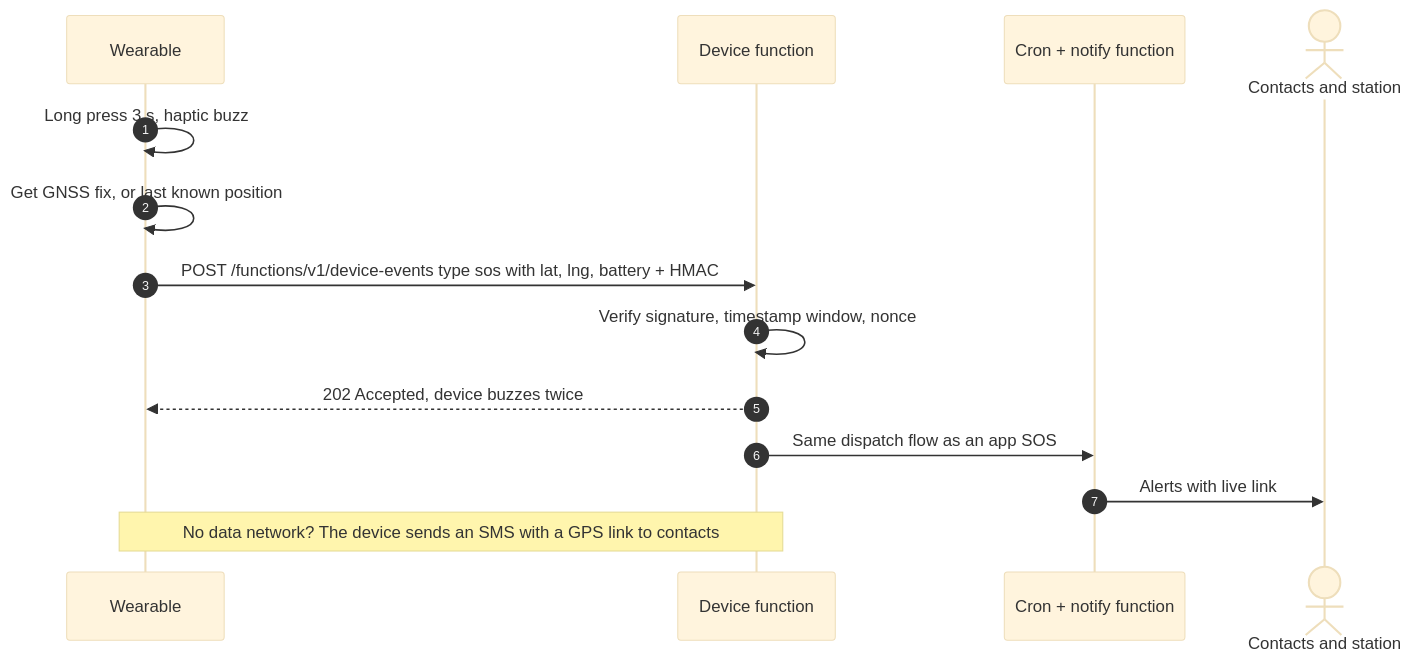
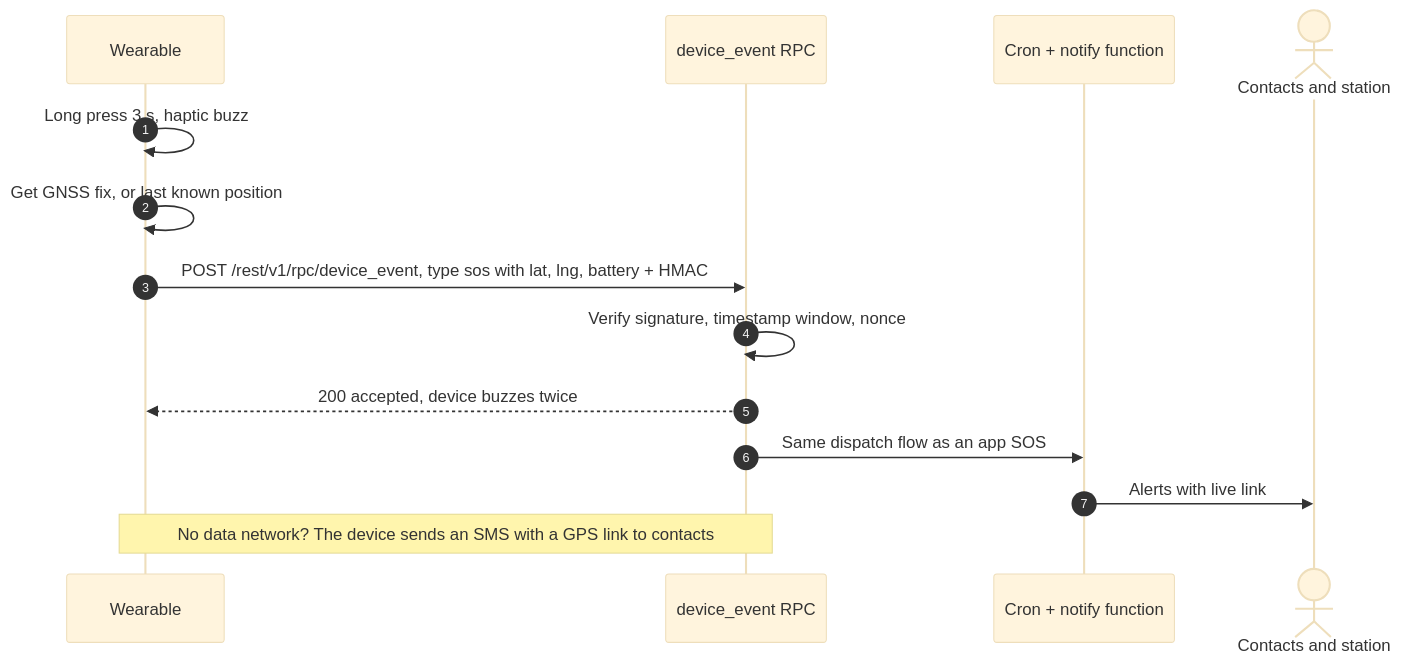
One commit to snehaa006/women-s-safety- changed diagram 14 of 14 in docs/03-workflows.md. Above: the diagram before and after it, drawn with Mermaid (base theme). The commit also changed other lines of this file and 58 other files, not shown here.

````diff
--- a/docs/03-workflows.md
+++ b/docs/03-workflows.md
@@ -447,16 +447,16 @@
 ```mermaid
 sequenceDiagram
   autonumber
   participant D as Wearable
-  participant API as Device function
+  participant API as device_event RPC
   participant W as Cron + notify function
   actor C as Contacts and station
   D->>D: Long press 3 s, haptic buzz
   D->>D: Get GNSS fix, or last known position
-  D->>API: POST /functions/v1/device-events type sos with lat, lng, battery + HMAC
+  D->>API: POST /rest/v1/rpc/device_event, type sos with lat, lng, battery + HMAC
   API->>API: Verify signature, timestamp window, nonce
-  API-->>D: 202 Accepted, device buzzes twice
+  API-->>D: 200 accepted, device buzzes twice
   API->>W: Same dispatch flow as an app SOS
   W->>C: Alerts with live link
   Note over D,API: No data network? The device sends an SMS with a GPS link to contacts
 ```
````
